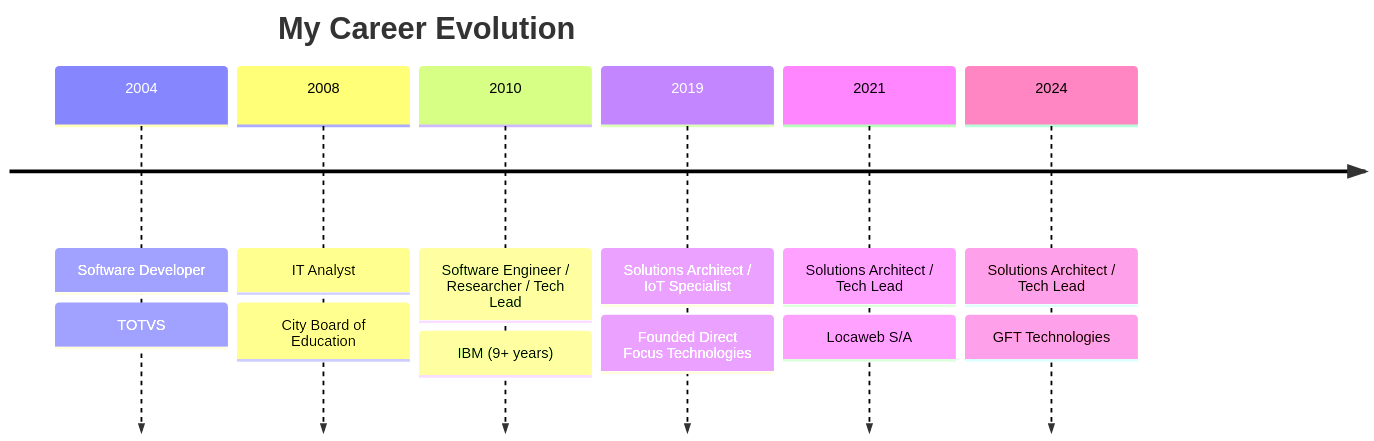
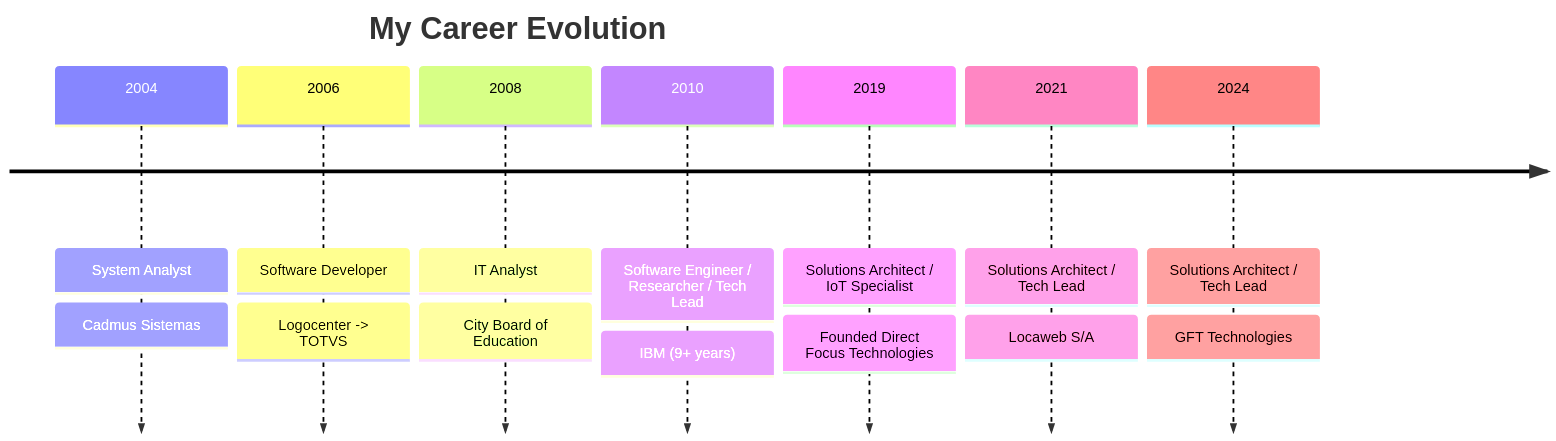
The diagram in README.md (thetonbr/thetonbr), drawn with Mermaid before and after one commit.

````diff
--- a/README.md
+++ b/README.md
@@ -17,16 +17,18 @@
 ```mermaid
 timeline
     title My Career Evolution
-    2004 : Software Developer
-          : TOTVS
+    2004 : System Analyst
+          : Cadmus Sistemas
+    2006 : Software Developer
+          : Logocenter -> TOTVS
     2008 : IT Analyst
           : City Board of Education
     2010 : Software Engineer / Researcher / Tech Lead
           : IBM (9+ years)
     2019 : Solutions Architect / IoT Specialist
           : Founded Direct Focus Technologies
     2021 : Solutions Architect / Tech Lead
           : Locaweb S/A
     2024 : Solutions Architect / Tech Lead 
           : GFT Technologies
 ```
````
